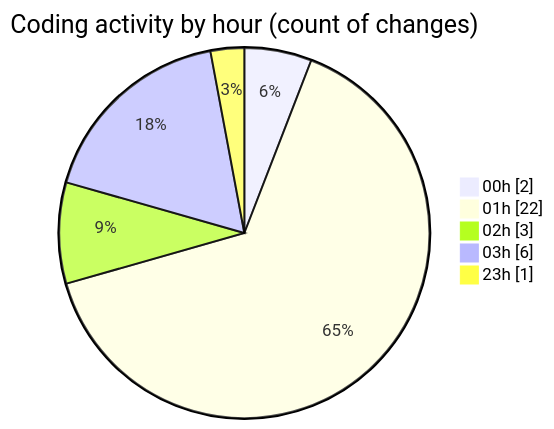
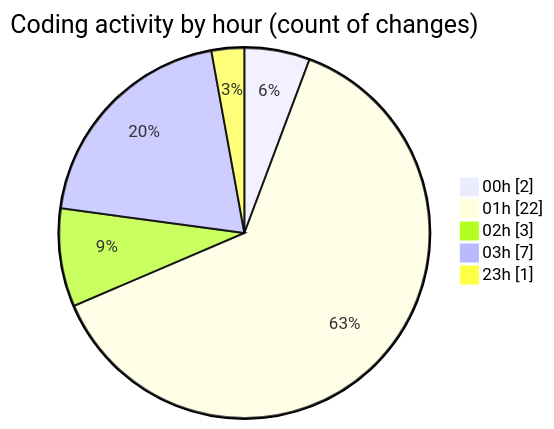
The second of 2 diagrams in 2025-07-19/nhahang/README.md (lephambinh05/code-tracking), drawn with Mermaid before and after one commit. The commit also changed other lines of this file and 1 other file, not shown here.

````diff
--- a/2025-07-19/nhahang/README.md
+++ b/2025-07-19/nhahang/README.md
@@ -42,9 +42,9 @@
 ```mermaid
 pie showData
 title Coding activity by hour (count of changes)
 "00h" : 2
 "01h" : 22
 "02h" : 3
-"03h" : 6
+"03h" : 7
 "23h" : 1
 ```
````
